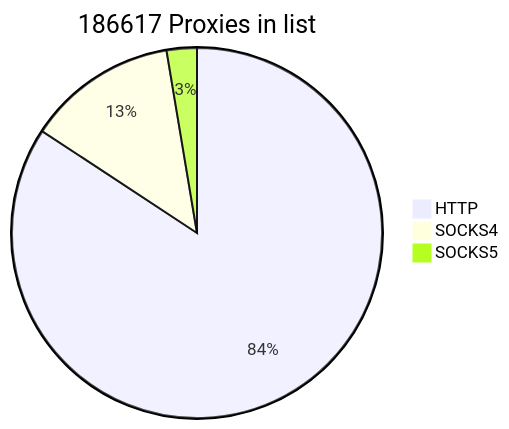
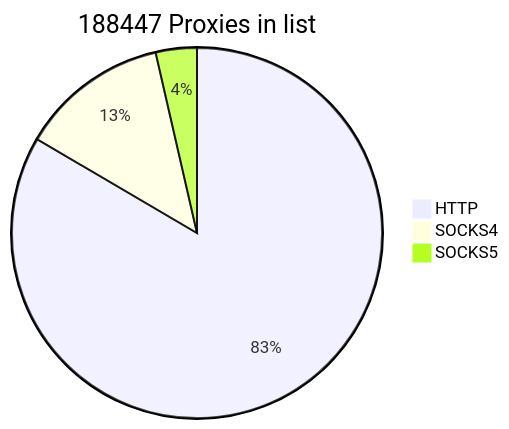
One commit to cutipu/proxylist changed the first of 2 diagrams in README.md. Above: the diagram before and after it, drawn with Mermaid. The commit also changed other lines of this file, not shown here.

````diff
--- a/README.md
+++ b/README.md
@@ -2,7 +2,7 @@
 ```mermaid
-pie title 186617 Proxies in list
-    "HTTP" : 157240
-    "SOCKS4" : 24457
-    "SOCKS5" : 4920
+pie title 188447 Proxies in list
+    "HTTP" : 157232
+    "SOCKS4" : 24455
+    "SOCKS5" : 6760
             
 ```
````
